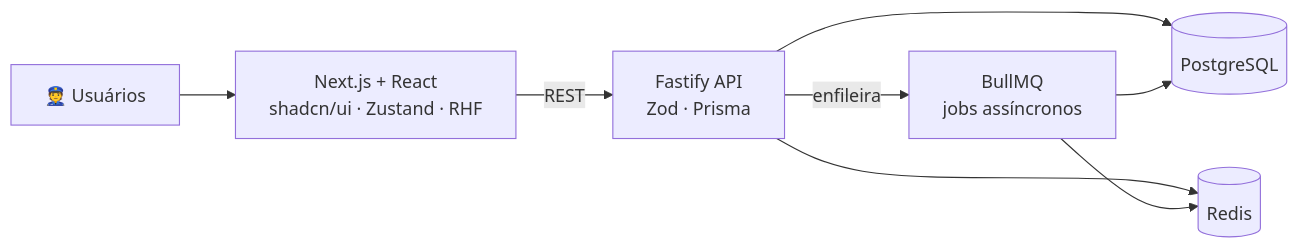
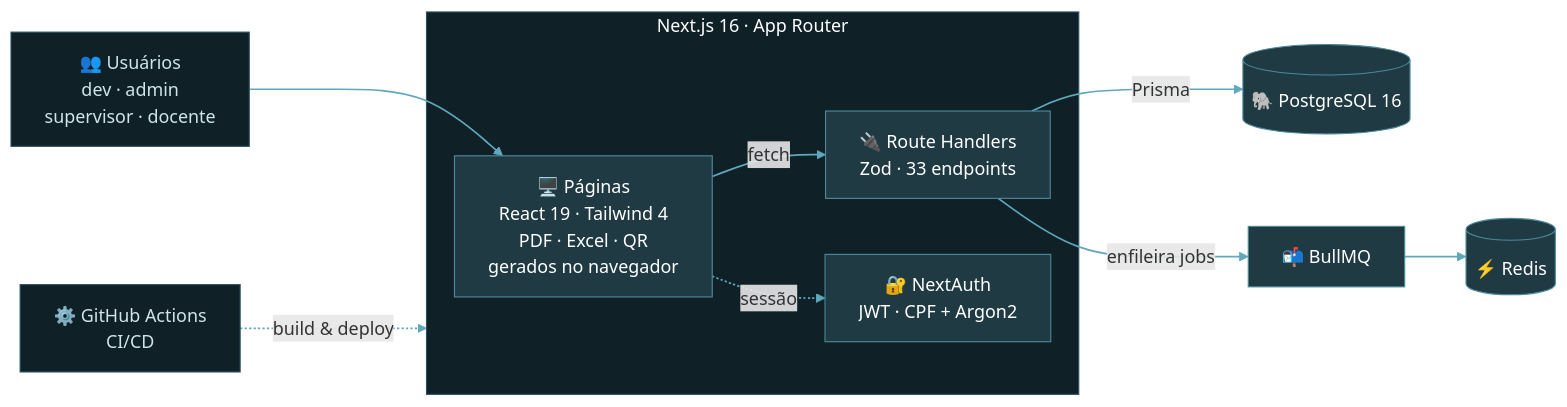
The diagram in README.md (joaofranco02/joaofranco02), drawn with Mermaid before and after one commit. The commit also changed other lines of this file, not shown here.

Commit message:
Revise system overview in README
Updated the description of the academic bulletin system to include details about the system architecture and technologies used, such as Next.js, GitHub Actions, and Prisma.

````diff
--- a/README.md
+++ b/README.md
@@ -33,10 +34,26 @@
 ```mermaid
 flowchart LR
-    U["👮 Usuários"] --> FE["Next.js + React<br/>shadcn/ui · Zustand · RHF"]
-    FE -->|REST| API["Fastify API<br/>Zod · Prisma"]
-    API --> DB[("PostgreSQL")]
-    API --> C[("Redis")]
-    API -->|enfileira| Q["BullMQ<br/>jobs assíncronos"]
-    Q --> C
-    Q --> DB
+    U["👥 Usuários<br/>dev · admin<br/>supervisor · docente"]
+    GH["⚙️ GitHub Actions<br/>CI/CD"]
+
+    subgraph APP["Next.js 16 · App Router"]
+        FE["🖥️ Páginas<br/>React 19 · Tailwind 4<br/>PDF · Excel · QR<br/>gerados no navegador"]
+        API["🔌 Route Handlers<br/>Zod · 33 endpoints"]
+        AUTH["🔐 NextAuth<br/>JWT · CPF + Argon2 "]
+        FE -->|fetch| API
+        FE -.->|sessão| AUTH
+    end
+
+    U --> FE
+    GH -.->|build & deploy| APP
+    API -->|Prisma| P[("🐘 PostgreSQL 16")]
+    API -->|enfileira jobs| Q["📬 BullMQ"]
+    Q --> R[("⚡ Redis")]
+
+    classDef node fill:#203a43,stroke:#4a8a9c,color:#ffffff
+    classDef ext fill:#0f2027,stroke:#2c5364,color:#d0e4ea
+    class FE,API,AUTH,P,Q,R node
+    class U,GH ext
+    style APP fill:#0f2027,stroke:#2c5364,color:#ffffff
+    linkStyle default stroke:#5fa8bd,stroke-width:1.5px
 ```
````
